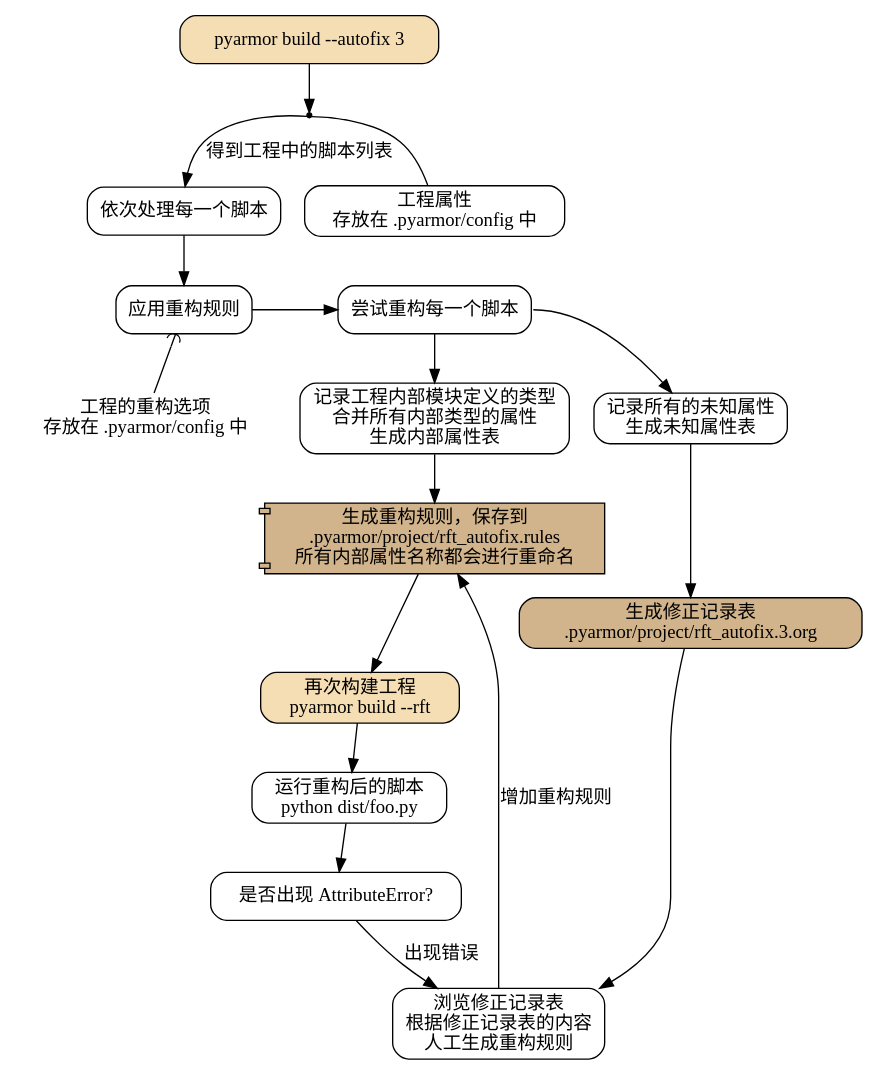
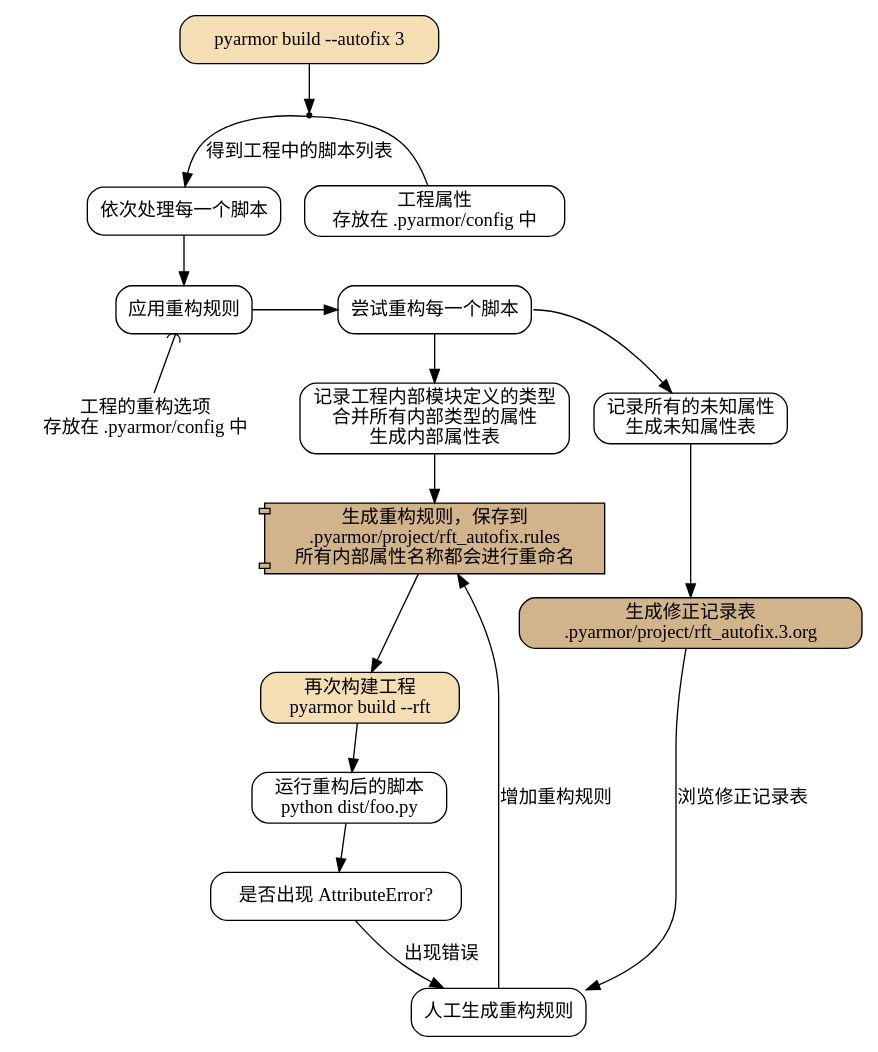
The ninth of 10 diagrams in pyarmor/learn/zh/commands.rst (dashingsoft/dashingsoft.github.io), drawn with Graphviz before and after one commit. The commit also changed other lines of this file and 3 other files, not shown here.

```diff
--- a/pyarmor/learn/zh/commands.rst
+++ b/pyarmor/learn/zh/commands.rst
@@ -301,57 +301,57 @@
 .. graphviz::
    :caption: 重构复杂脚本自动修正模式三
    :align: center
    :name: g-project-rft-autofix-3
 
    digraph G {
       node [shape=box, style=rounded, target="_top"]
 
       build [label="pyarmor build --autofix 3"
              style="filled,rounded"
              fillcolor="wheat"]
       join1 [shape=point]
 
       items [label="依次处理每一个脚本"]
 
       conf [label="工程属性\n存放在 .pyarmor/config 中"]
 
       rules [shape=plaintext
              label="工程的重构选项\n存放在 .pyarmor/config 中"]
       p1 [label="应用重构规则"]
       rft [label="尝试重构每一个脚本"]
 
       n1 [label="记录工程内部模块定义的类型\n合并所有内部类型的属性\n生成内部属性表"]
       n2 [label="记录所有的未知属性\n生成未知属性表"]
 
       autofix [shape=component
                style="filled"
                fillcolor="tan"
                label="生成重构规则，保存到\n.pyarmor/project/rft_autofix.rules\n所有内部属性名称都会进行重命名"]
       autolog [shape=box
                style="filled,rounded"
                fillcolor="tan"
                label="生成修正记录表\n.pyarmor/project/rft_autofix.3.org"]
 
       build -> join1
       join1 -> conf [dir=none]
       join1 -> items [label="得到工程中的脚本列表"]
       items -> p1
       rank=same { p1 -> rft }
       p1 -> rules [arrowtail=curve dir=back]
       rft -> n1 -> autofix
       rft -> n2 [tailport=e]
       n2 -> autolog
 
-      m1 [label="浏览修正记录表\n根据修正记录表的内容\n人工生成重构规则"]
-      autolog -> m1
+      m1 [label="人工生成重构规则"]
+      autolog -> m1 [label="浏览修正记录表"]
       m1 -> autofix [label="增加重构规则"]
 
       rebuild [style="filled,rounded"
                fillcolor="wheat"
                label="再次构建工程\npyarmor build --rft"]
       test [label="运行重构后的脚本\npython dist/foo.py"]
       fb [label="是否出现 AttributeError?"]
 
       autofix -> rebuild -> test -> fb
       fb -> m1 [label="出现错误"]
    }
```
